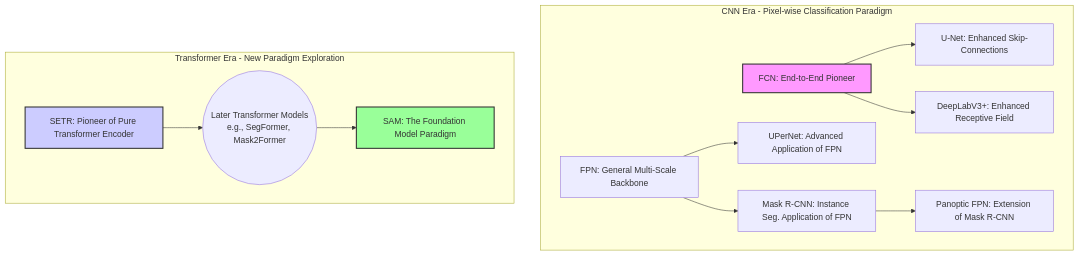
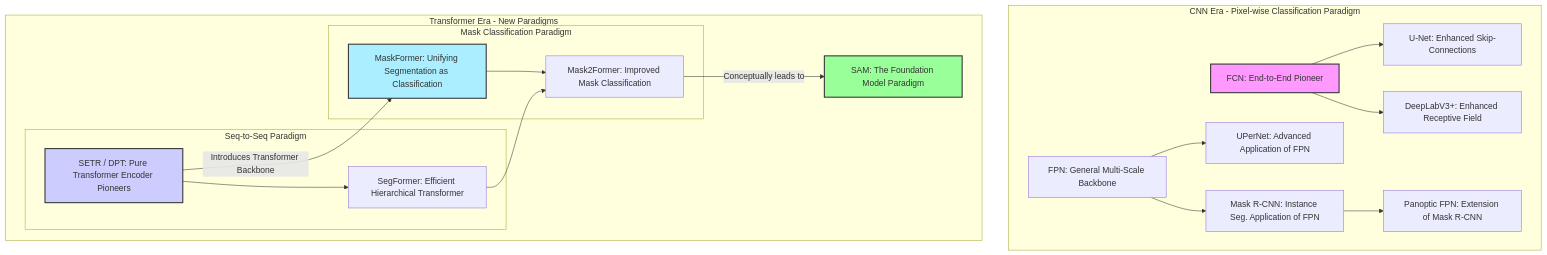
Before and after one commit to Autumnair007/DeepLearning-notes: the diagram in 02_Computer_Vision/Models(模型)/Semantic_Segmentation(语义分割)/图像分割模型对比.md, drawn with Mermaid. The commit also changed other lines of this file and 2 other files, not shown here.

Commit message:
图像分割对比总结

````diff
--- a/02_Computer_Vision/Models(模型)/Semantic_Segmentation(语义分割)/图像分割模型对比.md
+++ b/02_Computer_Vision/Models(模型)/Semantic_Segmentation(语义分割)/图像分割模型对比.md
@@ -11,19 +11,30 @@
 ```mermaid
 graph TD
     subgraph CNN Era - Pixel-wise Classification Paradigm
         A[FCN: End-to-End Pioneer] --> B[U-Net: Enhanced Skip-Connections];
         A --> C[DeepLabV3+: Enhanced Receptive Field];
         F[FPN: General Multi-Scale Backbone] --> G[UPerNet: Advanced Application of FPN];
         F --> D[Mask R-CNN: Instance Seg. Application of FPN];
         D --> E[Panoptic FPN: Extension of Mask R-CNN];
     end
 
-    subgraph Transformer Era - New Paradigm Exploration
-        H[SETR: Pioneer of Pure Transformer Encoder] --> I((Later Transformer Models<br>e.g., SegFormer, Mask2Former));
-        I --> J[SAM: The Foundation Model Paradigm];
+    subgraph Transformer Era - New Paradigms
+        subgraph Seq-to-Seq Paradigm
+            H[SETR / DPT: Pure Transformer Encoder Pioneers] --> I[SegFormer: Efficient Hierarchical Transformer];
+        end
+        subgraph Mask Classification Paradigm
+            K[MaskFormer: Unifying Segmentation as Classification] --> L[Mask2Former: Improved Mask Classification];
+        end
+        I --> L;
+        J[SAM: The Foundation Model Paradigm];
     end
+    
+    H -- Introduces Transformer Backbone --> K;
+    L -- Conceptually leads to --> J
 
     style A fill:#f9f,stroke:#333,stroke-width:2px
     style H fill:#ccf,stroke:#333,stroke-width:2px
+    style K fill:#aef,stroke:#333,stroke-width:2px
     style J fill:#9f9,stroke:#333,stroke-width:2px
+
 ```
````
